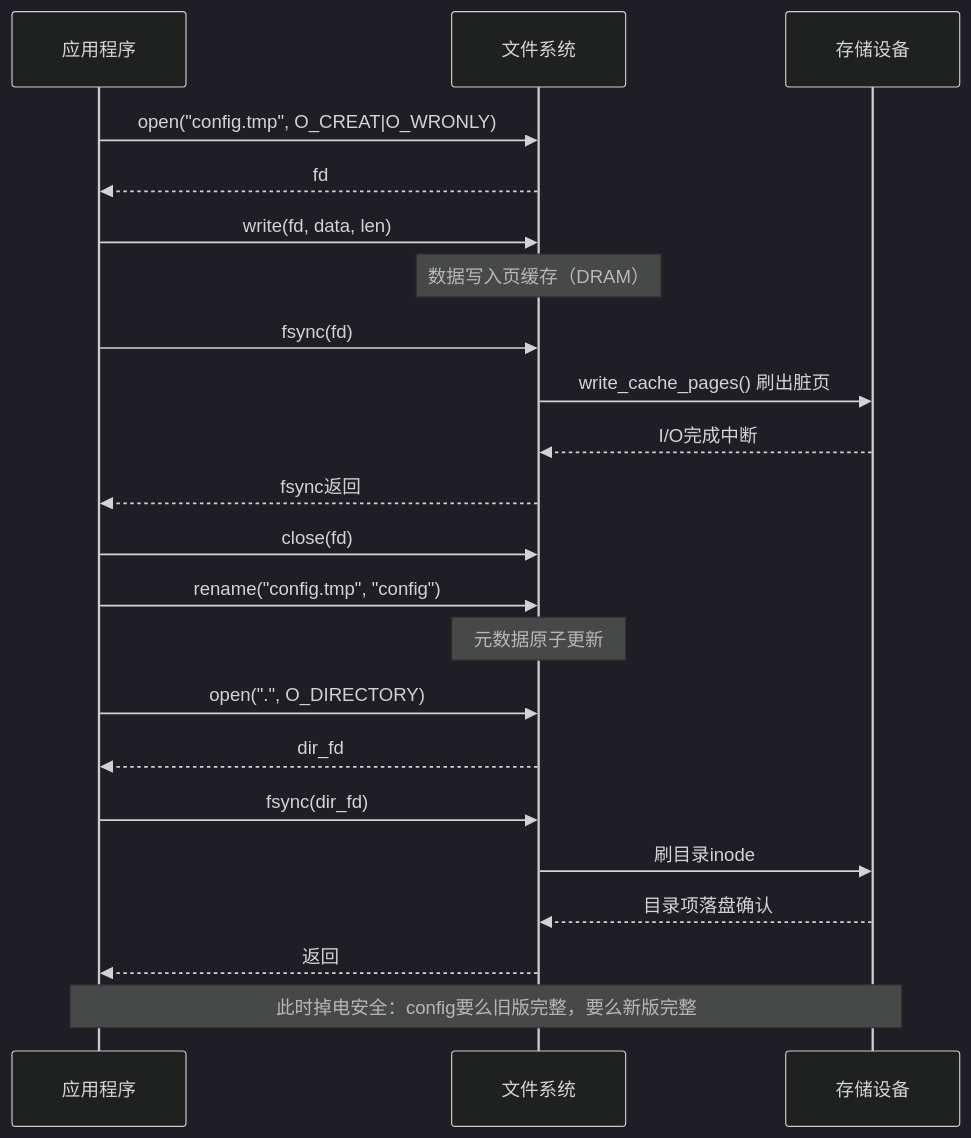
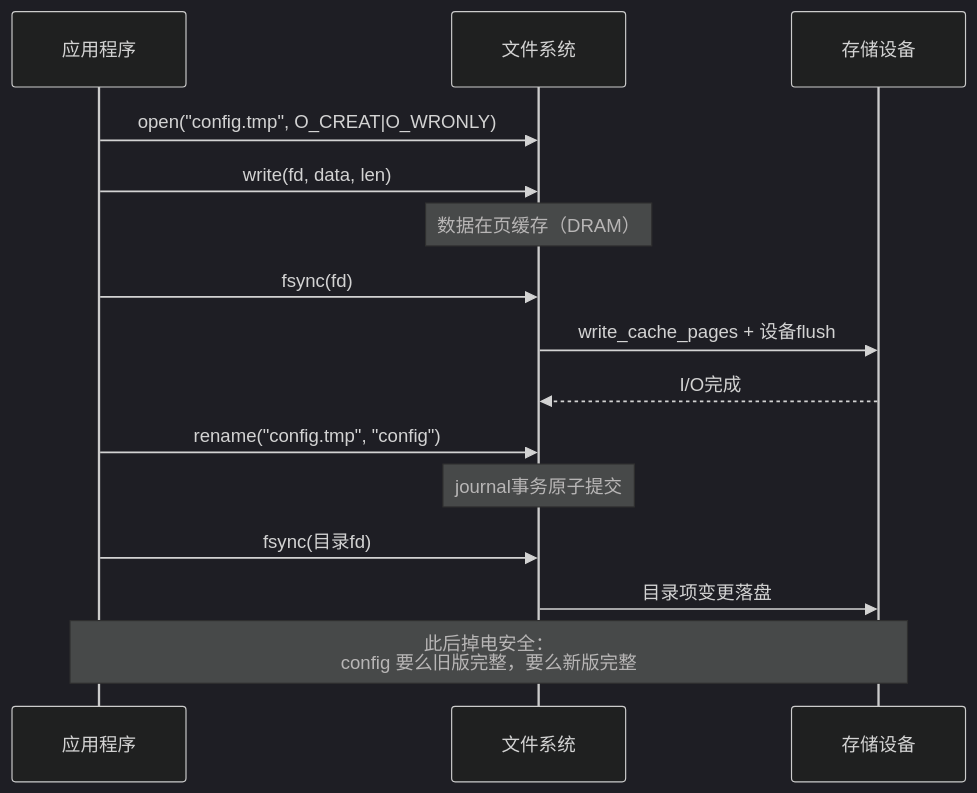
The second of 2 diagrams in docs/02-核心机制深度解析/第12章 文件系统/12.2.3_fsync与掉电保护.md (xiaohong0925/Embedded_Knowledge_System_V2026), drawn with Mermaid (dark theme) before and after one commit. The commit also changed other lines of this file and 63 other files, not shown here.

````diff
--- a/docs/02-核心机制深度解析/第12章 文件系统/12.2.3_fsync与掉电保护.md
+++ b/docs/02-核心机制深度解析/第12章 文件系统/12.2.3_fsync与掉电保护.md
@@ -227,25 +221,18 @@
 ```mermaid
 sequenceDiagram
     participant App as 应用程序
     participant FS as 文件系统
     participant Disk as 存储设备
 
     App->>FS: open("config.tmp", O_CREAT|O_WRONLY)
-    FS-->>App: fd
     App->>FS: write(fd, data, len)
-    Note over FS: 数据写入页缓存（DRAM）
+    Note over FS: 数据在页缓存（DRAM）
     App->>FS: fsync(fd)
-    FS->>Disk: write_cache_pages() 刷出脏页
-    Disk-->>FS: I/O完成中断
-    FS-->>App: fsync返回
-    App->>FS: close(fd)
+    FS->>Disk: write_cache_pages + 设备flush
+    Disk-->>FS: I/O完成
     App->>FS: rename("config.tmp", "config")
-    Note over FS: 元数据原子更新
-    App->>FS: open(".", O_DIRECTORY)
-    FS-->>App: dir_fd
-    App->>FS: fsync(dir_fd)
-    FS->>Disk: 刷目录inode
-    Disk-->>FS: 目录项落盘确认
-    FS-->>App: 返回
-    Note over App,Disk: 此时掉电安全：config要么旧版完整，要么新版完整
+    Note over FS: journal事务原子提交
+    App->>FS: fsync(目录fd)
+    FS->>Disk: 目录项变更落盘
+    Note over App,Disk: 此后掉电安全：<br/>config 要么旧版完整，要么新版完整
 ```
````
